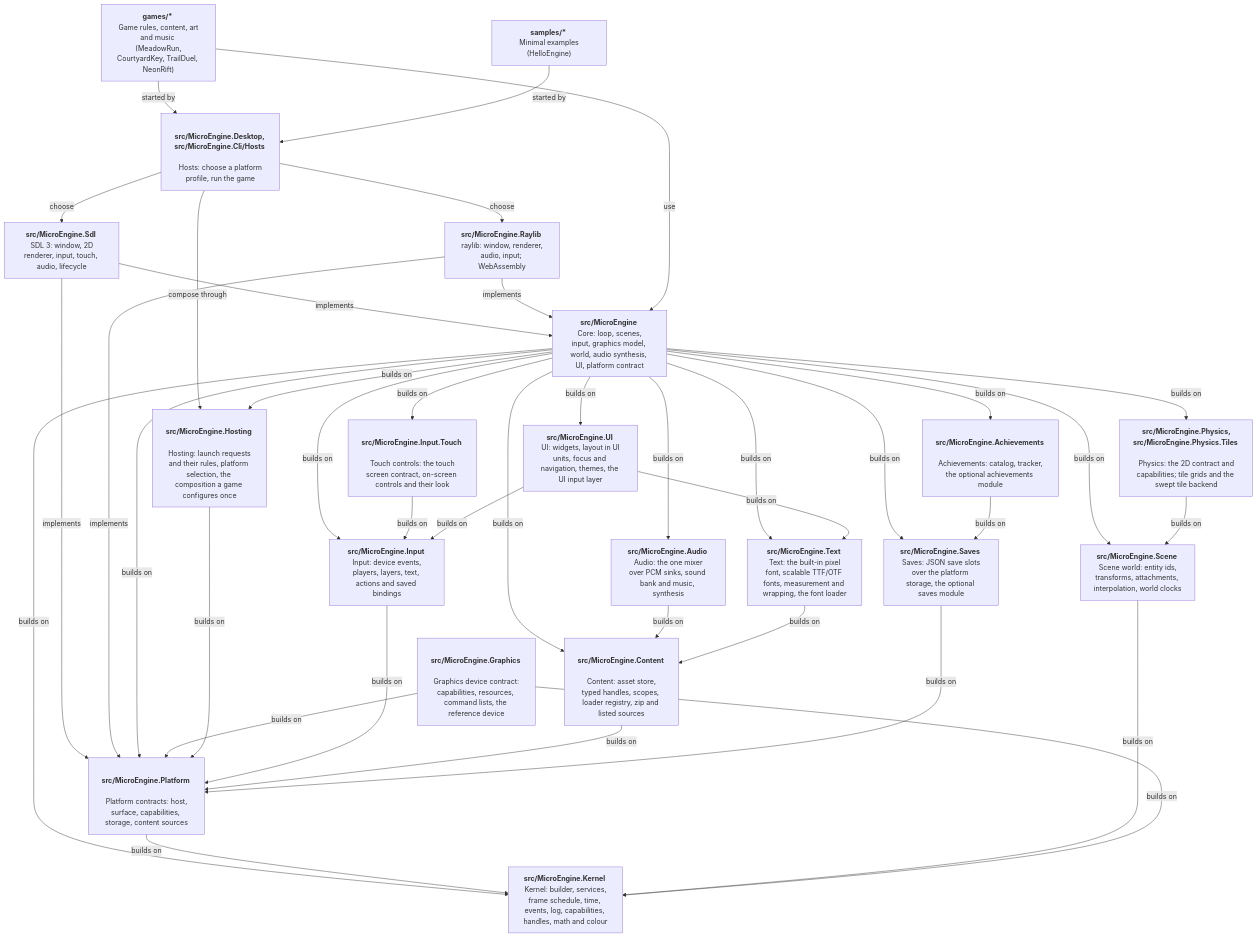
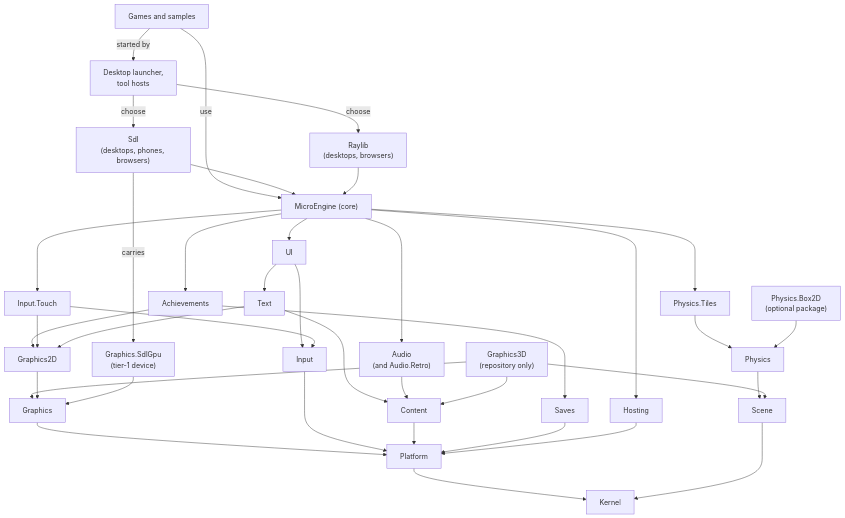
One commit to NastMz/MicroEngine changed the diagram in docs/architecture.md. Above: the diagram before and after it, drawn with Mermaid. The commit also changed other lines of this file, not shown here.

Commit message:
docs(architecture): layer diagram and module table name every assembly on main

````diff
--- a/docs/architecture.md
+++ b/docs/architecture.md
@@ -11,63 +11,66 @@
 ```mermaid
 flowchart TB
   accTitle: Layers
-  accDescr: Games and samples start through the hosts, which compose them through hosting and offer the SDL and raylib backends; both implement the platform contract, which builds on the kernel.
-  games["<b> games/* </b> <br/> Game rules, content, art and music <br/> (MeadowRun, CourtyardKey, TrailDuel, NeonRift)"]
-  samples["<b> samples/* </b> <br/> Minimal examples (HelloEngine)"]
-  hosts["<b> src/MicroEngine.Desktop, src/MicroEngine.Cli/Hosts </b> <br/> Hosts: choose a platform profile, run the game"]
-  sdl["<b> src/MicroEngine.Sdl </b> <br/> SDL 3: window, 2D renderer, input, touch, audio, lifecycle"]
-  raylib["<b> src/MicroEngine.Raylib </b> <br/> raylib: window, renderer, audio, input; WebAssembly"]
-  core["<b> src/MicroEngine </b> <br/> Core: loop, scenes, input, graphics model, world, audio synthesis, UI, platform contract"]
-  platform["<b> src/MicroEngine.Platform </b> <br/> Platform contracts: host, surface, capabilities, storage, content sources"]
-  graphics["<b> src/MicroEngine.Graphics </b> <br/> Graphics device contract: capabilities, resources, command lists, the reference device"]
-  input["<b> src/MicroEngine.Input </b> <br/> Input: device events, players, layers, text, actions and saved bindings"]
-  touch["<b> src/MicroEngine.Input.Touch </b> <br/> Touch controls: the touch screen contract, on-screen controls and their look"]
-  hosting["<b> src/MicroEngine.Hosting </b> <br/> Hosting: launch requests and their rules, platform selection, the composition a game configures once"]
-  content["<b> src/MicroEngine.Content </b> <br/> Content: asset store, typed handles, scopes, loader registry, zip and listed sources"]
-  audio["<b> src/MicroEngine.Audio </b> <br/> Audio: the one mixer over PCM sinks, sound bank and music, synthesis"]
-  scene["<b> src/MicroEngine.Scene </b> <br/> Scene world: entity ids, transforms, attachments, interpolation, world clocks"]
-  physics["<b> src/MicroEngine.Physics, src/MicroEngine.Physics.Tiles </b> <br/> Physics: the 2D contract and capabilities; tile grids and the swept tile backend"]
-  saves["<b> src/MicroEngine.Saves </b> <br/> Saves: JSON save slots over the platform storage, the optional saves module"]
-  text["<b> src/MicroEngine.Text </b> <br/> Text: the built-in pixel font, scalable TTF/OTF fonts, measurement and wrapping, the font loader"]
-  achievements["<b> src/MicroEngine.Achievements </b> <br/> Achievements: catalog, tracker, the optional achievements module"]
-  ui["<b> src/MicroEngine.UI </b> <br/> UI: widgets, layout in UI units, focus and navigation, themes, the UI input layer"]
-  kernel["<b> src/MicroEngine.Kernel </b> <br/> Kernel: builder, services, frame schedule, time, events, log, capabilities, handles, math and colour"]
+  accDescr: Games and samples start through the hosts, which choose the SDL or raylib backend and compose the game through hosting. The core builds on the engine modules; the modules build on the graphics, input, content and platform contracts; everything builds on the kernel. The tier-1 graphics device, the 3D path and the Box2D physics backend are optional assemblies beside them.
+  games["Games and samples"]
+  hosts["Desktop launcher,<br/>tool hosts"]
+  sdl["Sdl<br/>(desktops, phones, browsers)"]
+  raylib["Raylib<br/>(desktops, browsers)"]
+  sdlgpu["Graphics.SdlGpu<br/>(tier-1 device)"]
+  core["MicroEngine (core)"]
+  hosting["Hosting"]
+  ui["UI"]
+  achievements["Achievements"]
+  saves["Saves"]
+  touch["Input.Touch"]
+  text["Text"]
+  g2d["Graphics2D"]
+  audio["Audio<br/>(and Audio.Retro)"]
+  tiles["Physics.Tiles"]
+  box2d["Physics.Box2D<br/>(optional package)"]
+  physics["Physics"]
+  g3d["Graphics3D<br/>(repository only)"]
+  scene["Scene"]
+  graphics["Graphics"]
+  input["Input"]
+  content["Content"]
+  platform["Platform"]
+  kernel["Kernel"]
   games -- started by --> hosts
-  samples -- started by --> hosts
+  games -- use --> core
   hosts -- choose --> sdl
   hosts -- choose --> raylib
-  hosts -- compose through --> hosting
-  sdl -- implements --> core
-  raylib -- implements --> core
-  sdl -- implements --> platform
-  raylib -- implements --> platform
-  games -- use --> core
-  core -- builds on --> platform
-  core -- builds on --> kernel
-  platform -- builds on --> kernel
-  core -- builds on --> scene
-  scene -- builds on --> kernel
-  core -- builds on --> physics
-  physics -- builds on --> scene
-  graphics -- builds on --> platform
-  graphics -- builds on --> kernel
-  core -- builds on --> hosting
-  hosting -- builds on --> platform
-  core -- builds on --> input
-  input -- builds on --> platform
-  core -- builds on --> touch
-  touch -- builds on --> input
-  core -- builds on --> content
-  content -- builds on --> platform
-  core -- builds on --> audio
-  audio -- builds on --> content
-  core -- builds on --> saves
-  saves -- builds on --> platform
-  core -- builds on --> text
-  text -- builds on --> content
-  core -- builds on --> achievements
-  achievements -- builds on --> saves
-  core -- builds on --> ui
-  ui -- builds on --> text
-  ui -- builds on --> input
+  sdl -- carries --> sdlgpu
+  sdl --> core
+  raylib --> core
+  core --> hosting
+  core --> ui
+  core --> achievements
+  core --> touch
+  core --> audio
+  core --> tiles
+  ui --> text
+  ui --> input
+  achievements --> saves
+  achievements --> g2d
+  touch --> g2d
+  touch --> input
+  text --> g2d
+  text --> content
+  audio --> content
+  tiles --> physics
+  box2d --> physics
+  physics --> scene
+  g3d --> scene
+  g3d --> content
+  g3d --> graphics
+  g2d --> graphics
+  sdlgpu --> graphics
+  graphics --> platform
+  input --> platform
+  content --> platform
+  saves --> platform
+  hosting --> platform
+  platform --> kernel
+  scene --> kernel
 ```
````
